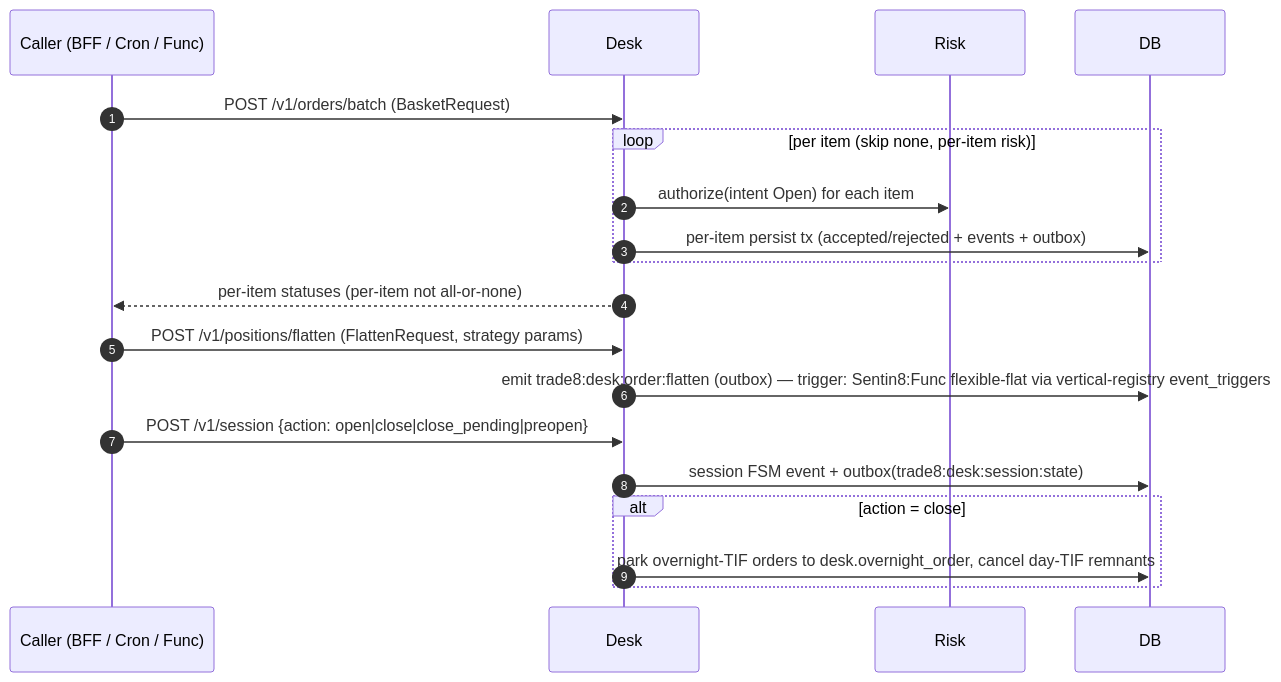
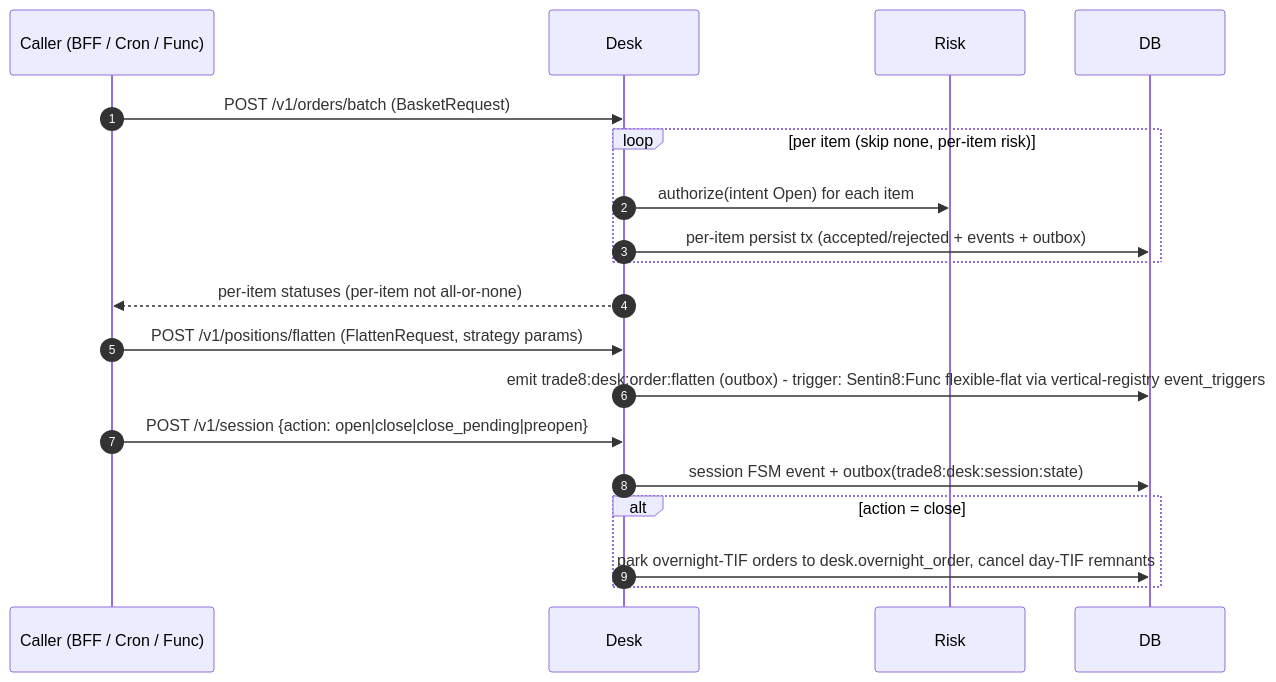
The fourth of 9 diagrams in DESIGN.md (Trade8-dev/trade8-desk), drawn with Mermaid before and after one commit. The commit also changed other lines of this file and 25 other files, not shown here.

````diff
--- a/DESIGN.md
+++ b/DESIGN.md
@@ -126,21 +126,21 @@
 ```mermaid
 sequenceDiagram
     autonumber
     participant C as Caller (BFF / Cron / Func)
     participant D as Desk
     participant R as Risk
     participant DB as DB
     C->>D: POST /v1/orders/batch (BasketRequest)
     loop per item (skip none, per-item risk)
         D->>R: authorize(intent Open) for each item
         D->>DB: per-item persist tx (accepted/rejected + events + outbox)
     end
     D-->>C: per-item statuses (per-item not all-or-none)
     C->>D: POST /v1/positions/flatten (FlattenRequest, strategy params)
-    D->>DB: emit trade8:desk:order:flatten (outbox) — trigger: Sentin8:Func flexible-flat via vertical-registry event_triggers
+    D->>DB: emit trade8:desk:order:flatten (outbox) - trigger: Sentin8:Func flexible-flat via vertical-registry event_triggers
     C->>D: POST /v1/session {action: open|close|close_pending|preopen}
     D->>DB: session FSM event + outbox(trade8:desk:session:state)
     alt action = close
         D->>DB: park overnight-TIF orders to desk.overnight_order, cancel day-TIF remnants
     end
 ```
````
